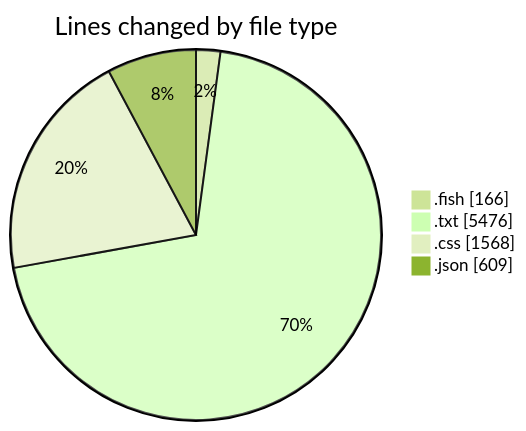
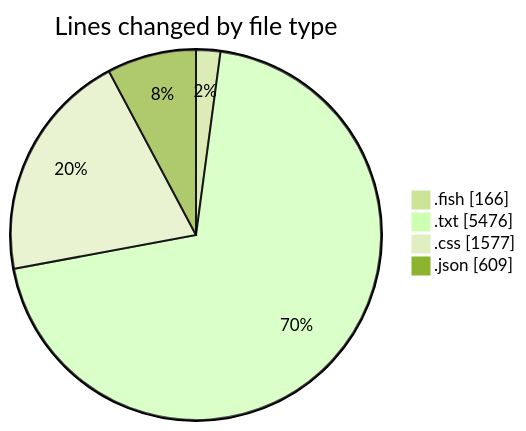
The first of 2 diagrams in 2025-07-21/fish/README.md (EIIisD/code-tracking), drawn with Mermaid (forest theme) before and after one commit. The commit also changed other lines of this file and 1 other file, not shown here.

````diff
--- a/2025-07-21/fish/README.md
+++ b/2025-07-21/fish/README.md
@@ -24,8 +24,8 @@
 ```mermaid
 pie showData
 title Lines changed by file type
 ".fish" : 166
 ".txt" : 5476
-".css" : 1568
+".css" : 1577
 ".json" : 609
 ```
````
